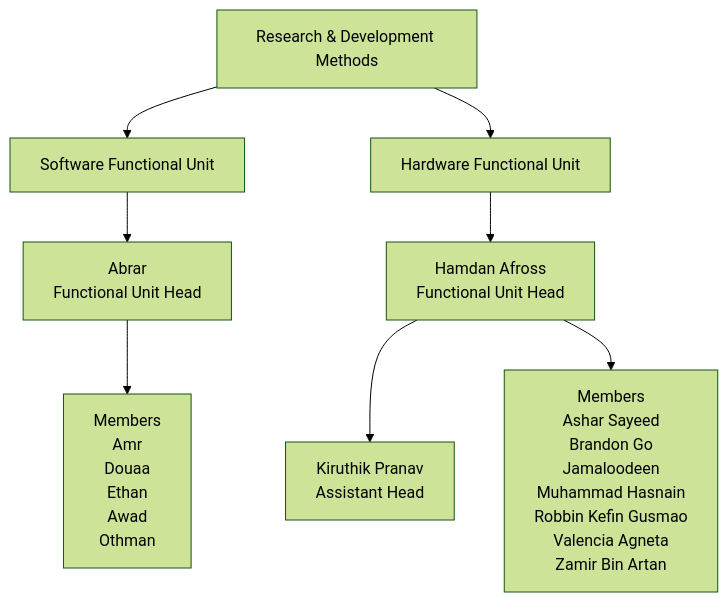
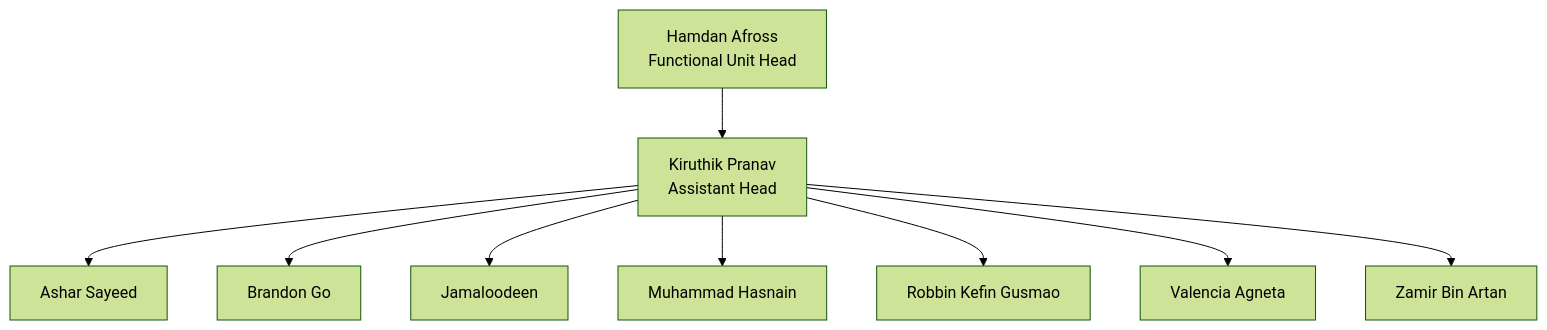
Before and after one commit to TA-Research-Development-Methods/.github: the second of 2 diagrams in profile/README.md, drawn with Mermaid (forest theme). The commit also changed other lines of this file, not shown here.

Commit message:
Separate Software and Hardware hierarchies

````diff
--- a/profile/README.md
+++ b/profile/README.md
@@ -9,13 +23,12 @@
 ```mermaid
 flowchart TB
-    org["Research & Development Methods"]
-    org --> software["Software Functional Unit"]
-    org --> hardware["Hardware Functional Unit"]
-
-    software --> software_head["Abrar<br/>Functional Unit Head"]
-    software_head --> software_members["Members<br/>Amr<br/>Douaa<br/>Ethan<br/>Awad<br/>Othman"]
-
-    hardware --> hardware_head["Hamdan Afross<br/>Functional Unit Head"]
-    hardware_head --> hardware_assistant["Kiruthik Pranav<br/>Assistant Head"]
-    hardware_head --> hardware_members["Members<br/>Ashar Sayeed<br/>Brandon Go<br/>Jamaloodeen<br/>Muhammad Hasnain<br/>Robbin Kefin Gusmao<br/>Valencia Agneta<br/>Zamir Bin Artan"]
+    hamdan["Hamdan Afross<br/>Functional Unit Head"]
+    hamdan --> kiruthik["Kiruthik Pranav<br/>Assistant Head"]
+    kiruthik --> ashar["Ashar Sayeed"]
+    kiruthik --> brandon["Brandon Go"]
+    kiruthik --> jamaloodeen["Jamaloodeen"]
+    kiruthik --> hasnain["Muhammad Hasnain"]
+    kiruthik --> robbin["Robbin Kefin Gusmao"]
+    kiruthik --> valencia["Valencia Agneta"]
+    kiruthik --> zamir["Zamir Bin Artan"]
 ```
````
